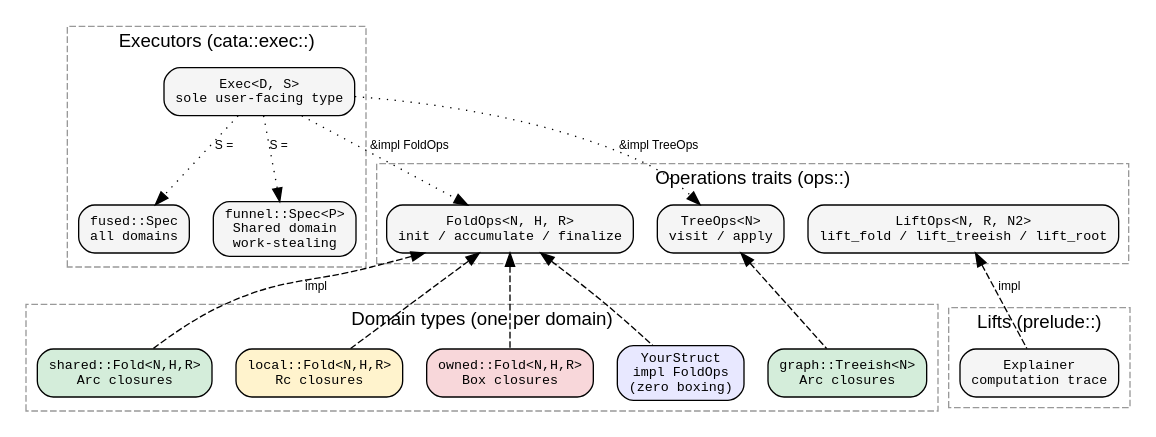
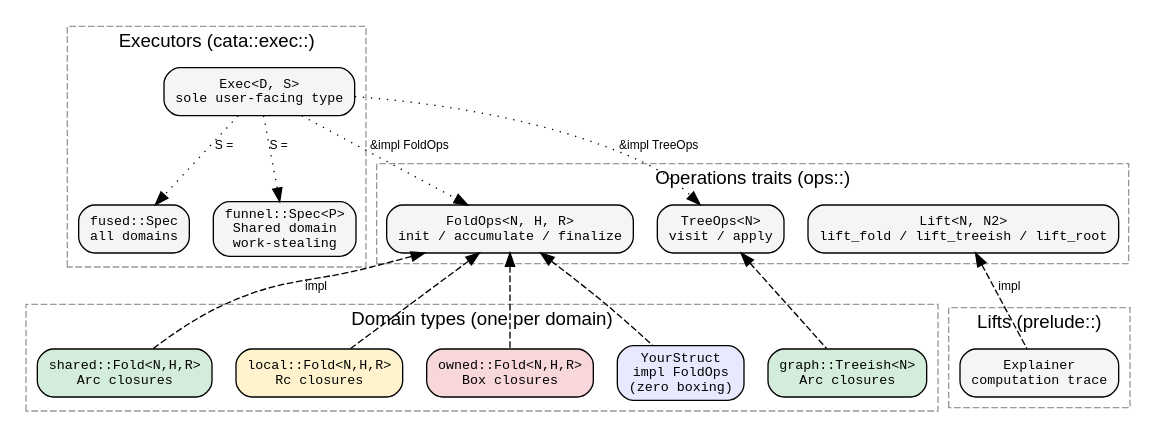
The second of 3 diagrams in book/src/guides/concept_map.md (hylic-recursion/hylic-docs), drawn with Graphviz before and after one commit. The commit also changed 7 other files, not shown here.

First line of the commit message:
Docs: LiftOps → Lift terminology; seed_lift include paths fixed

````diff
--- a/book/src/guides/concept_map.md
+++ b/book/src/guides/concept_map.md
@@ -58,60 +58,60 @@
 ```dot process
 digraph {
     rankdir=TB;
     node [shape=box, style="rounded,filled", fillcolor="#f5f5f5", fontname="monospace", fontsize=10];
     edge [fontname="sans-serif", fontsize=9];
 
     subgraph cluster_traits {
         label="Operations traits (ops::)";
         style=dashed; color="#999999";
         fontname="sans-serif";
 
         FoldOps [label="FoldOps<N, H, R>\ninit / accumulate / finalize"];
         TreeOps [label="TreeOps<N>\nvisit / apply"];
-        LiftOps [label="LiftOps<N, R, N2>\nlift_fold / lift_treeish / lift_root"];
+        Lift [label="Lift<N, N2>\nlift_fold / lift_treeish / lift_root"];
     }
 
     subgraph cluster_concrete {
         label="Domain types (one per domain)";
         style=dashed; color="#999999";
         fontname="sans-serif";
 
         SharedFold [label="shared::Fold<N,H,R>\nArc closures", fillcolor="#d4edda"];
         SharedTree [label="graph::Treeish<N>\nArc closures", fillcolor="#d4edda"];
         LocalFold [label="local::Fold<N,H,R>\nRc closures", fillcolor="#fff3cd"];
         OwnedFold [label="owned::Fold<N,H,R>\nBox closures", fillcolor="#f8d7da"];
         UserStruct [label="YourStruct\nimpl FoldOps\n(zero boxing)", fillcolor="#e8e8ff"];
     }
 
     subgraph cluster_executors {
         label="Executors (cata::exec::)";
         style=dashed; color="#999999";
         fontname="sans-serif";
 
         ExecDS [label="Exec<D, S>\nsole user-facing type"];
         FusedSpec [label="fused::Spec\nall domains"];
         FunnelSpec [label="funnel::Spec<P>\nShared domain\nwork-stealing"];
     }
 
     subgraph cluster_lifts {
         label="Lifts (prelude::)";
         style=dashed; color="#999999";
         fontname="sans-serif";
 
         Explainer [label="Explainer\ncomputation trace"];
     }
 
     FoldOps -> SharedFold [dir=back, style=dashed, label="impl"];
     FoldOps -> LocalFold [dir=back, style=dashed];
     FoldOps -> OwnedFold [dir=back, style=dashed];
     FoldOps -> UserStruct [dir=back, style=dashed];
     TreeOps -> SharedTree [dir=back, style=dashed];
 
     ExecDS -> FusedSpec [label="S =", style=dotted];
     ExecDS -> FunnelSpec [label="S =", style=dotted];
     ExecDS -> FoldOps [label="&impl FoldOps", style=dotted];
     ExecDS -> TreeOps [label="&impl TreeOps", style=dotted];
 
-    LiftOps -> Explainer [dir=back, style=dashed, label="impl"];
+    Lift -> Explainer [dir=back, style=dashed, label="impl"];
 }
 ```
````
